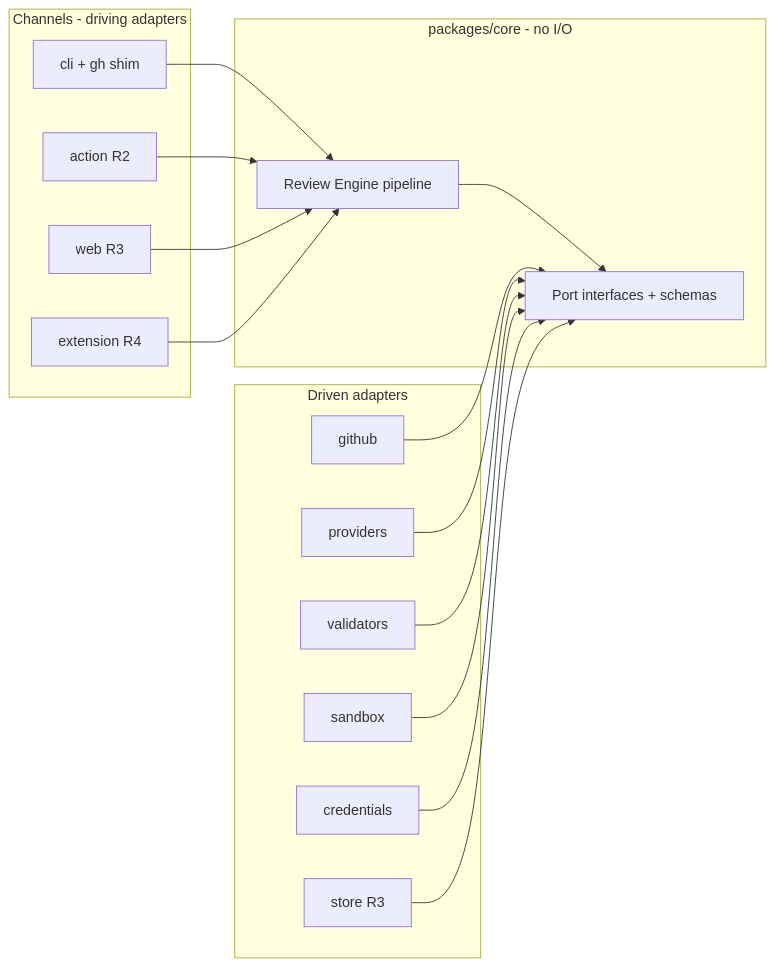
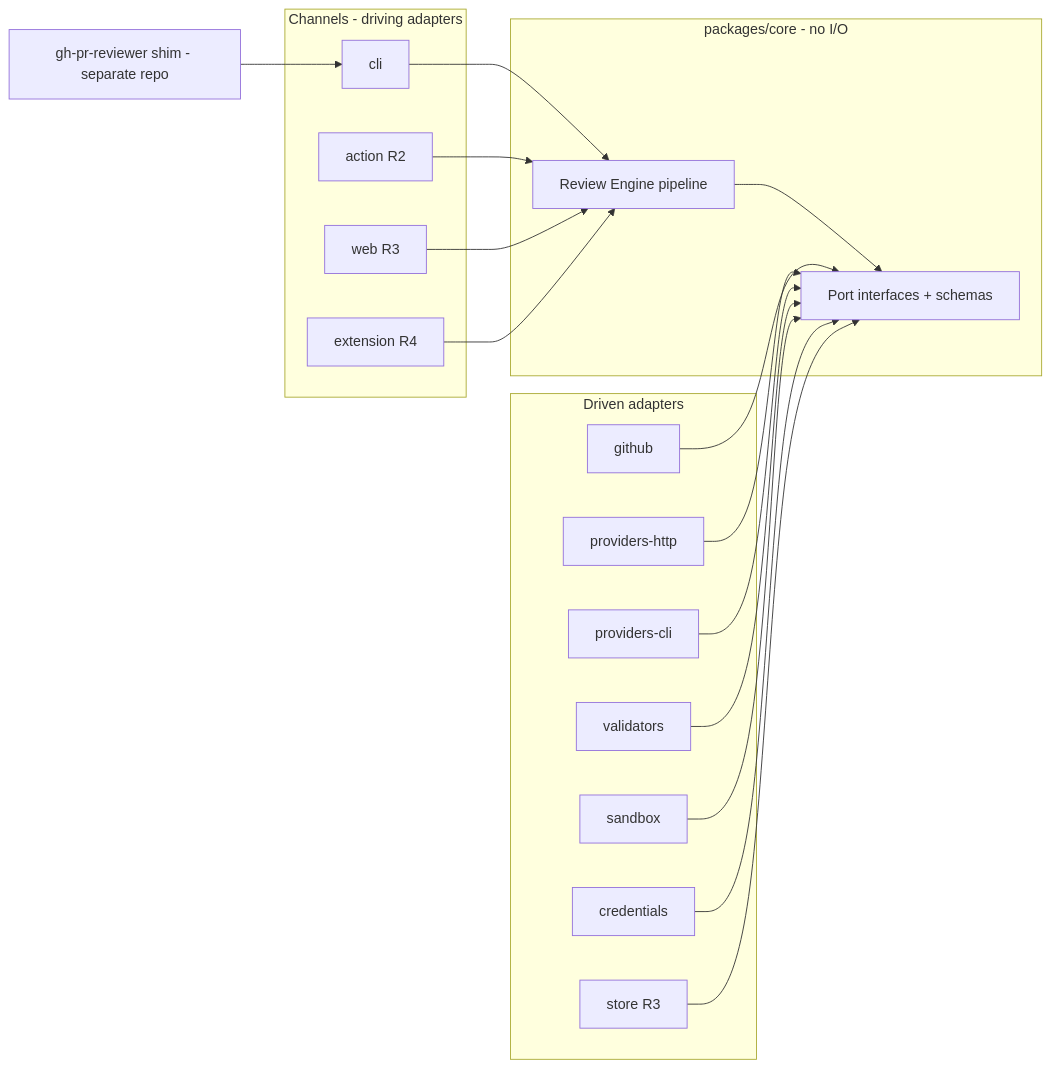
Before and after one commit to bharathravi-dev/PR-Review: the first of 3 diagrams in _bmad-output/planning-artifacts/architecture/architecture-pr-reviewer-2026-11-25/ARCHITECTURE-SPINE.md, drawn with Mermaid. The commit also changed other lines of this file and 17 other files, not shown here.

````diff
--- a/_bmad-output/planning-artifacts/architecture/architecture-pr-reviewer-2026-11-25/ARCHITECTURE-SPINE.md
+++ b/_bmad-output/planning-artifacts/architecture/architecture-pr-reviewer-2026-11-25/ARCHITECTURE-SPINE.md
@@ -32,32 +32,35 @@
 ```mermaid
 flowchart LR
   subgraph Channels[Channels - driving adapters]
-    CLI[cli + gh shim]
+    CLI[cli]
     ACT[action R2]
     WEB[web R3]
     EXT[extension R4]
   end
+  GHX[gh-pr-reviewer shim - separate repo] --> CLI
   subgraph Core[packages/core - no I/O]
     ENG[Review Engine pipeline]
     PORTS[Port interfaces + schemas]
   end
   subgraph Adapters[Driven adapters]
     GH[github]
-    PRV[providers]
+    PH[providers-http]
+    PC[providers-cli]
     VAL[validators]
     SBX[sandbox]
     CRD[credentials]
     STO[store R3]
   end
   CLI --> ENG
   ACT --> ENG
   WEB --> ENG
   EXT --> ENG
   ENG --> PORTS
   GH --> PORTS
-  PRV --> PORTS
+  PH --> PORTS
+  PC --> PORTS
   VAL --> PORTS
   SBX --> PORTS
   CRD --> PORTS
   STO --> PORTS
 ```
````
